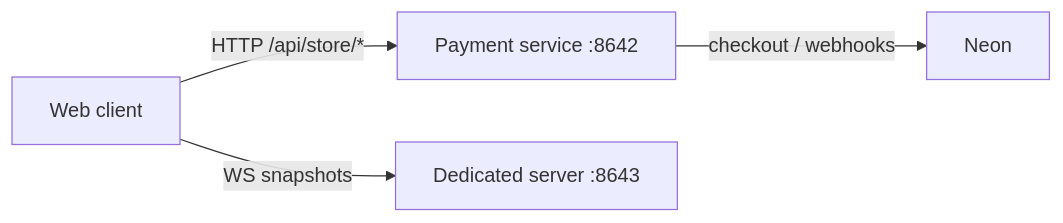
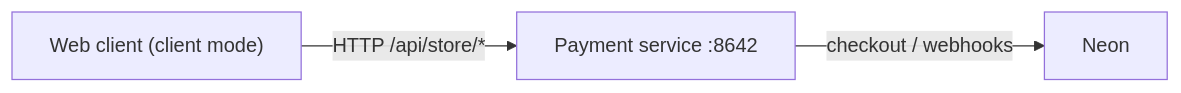
The first of 2 diagrams in docs/13-dedicated-server.md (Hakhyun-Kim/neon-checkout-integration), drawn with Mermaid before and after one commit. The commit also changed other lines of this file and 2 other files, not shown here.

First line of the commit message:
Update the dedicated-server document to the shipped store gateway

````diff
--- a/docs/13-dedicated-server.md
+++ b/docs/13-dedicated-server.md
@@ -74,6 +87,5 @@
 ```mermaid
 flowchart LR
-    W["Web client"] -- "HTTP /api/store/*" --> P["Payment service :8642"]
-    W -- "WS snapshots" --> D["Dedicated server :8643"]
+    W["Web client (client mode)"] -- "HTTP /api/store/*" --> P["Payment service :8642"]
     P -- "checkout / webhooks" --> N["Neon"]
 ```
````
